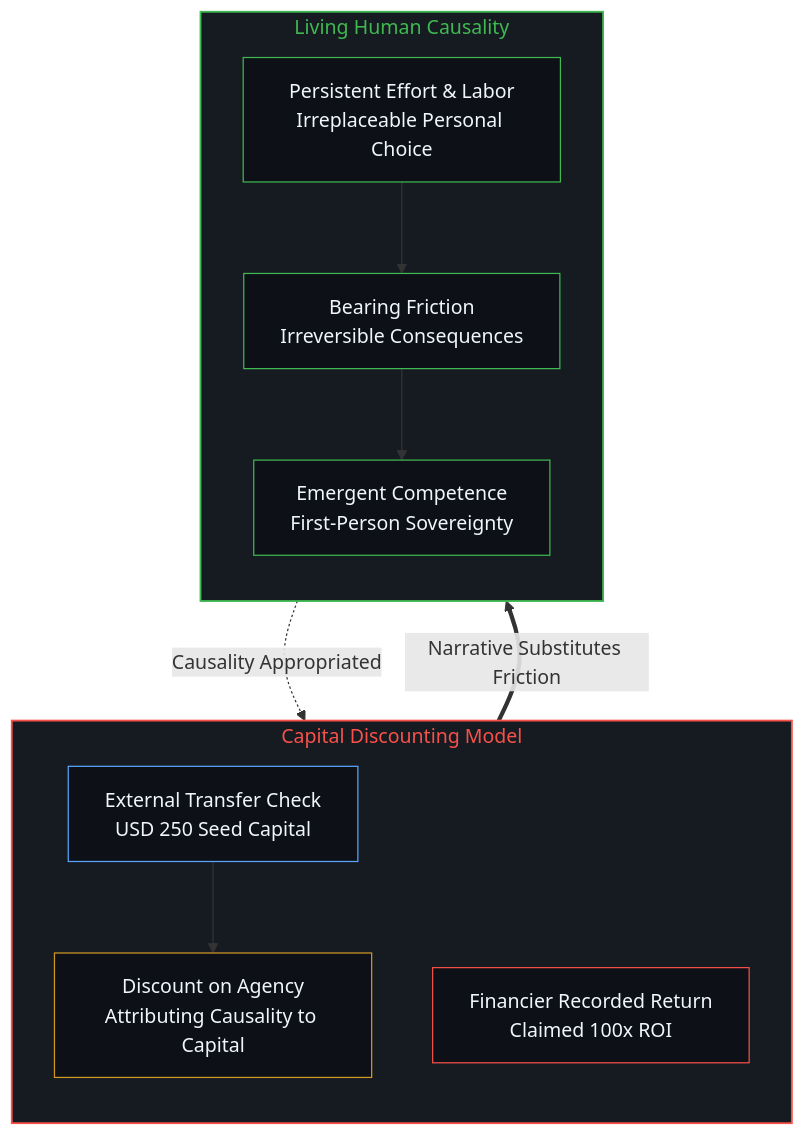
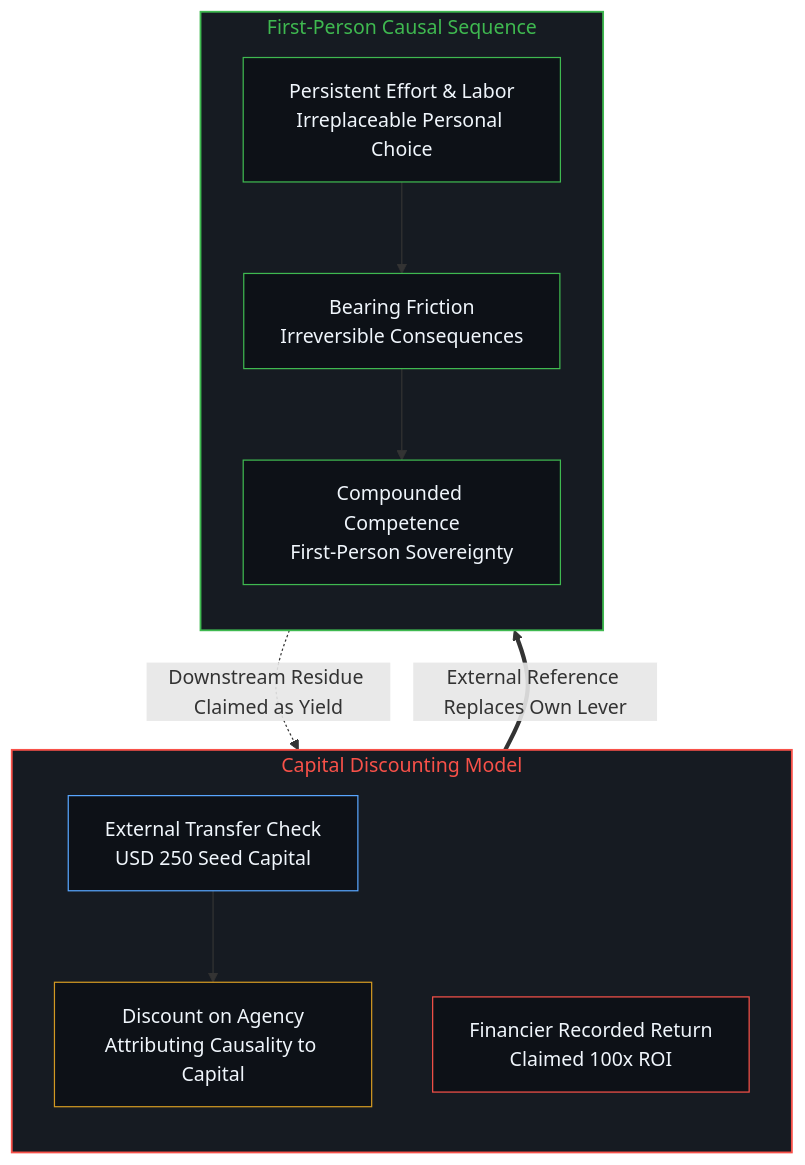
The second of 4 diagrams in content/posts/the-discount-on-agency.md (powerpig99/not-a-toe), drawn with Mermaid before and after one commit. The commit also changed other lines of this file, not shown here.

````diff
--- a/content/posts/the-discount-on-agency.md
+++ b/content/posts/the-discount-on-agency.md
@@ -47,27 +47,27 @@
 ```mermaid
 flowchart TD
   subgraph S_FIN["Capital Discounting Model"]
     direction TB
     C_IN["External Transfer Check<br/>USD 250 Seed Capital"]
     C_RET["Financier Recorded Return<br/>Claimed 100x ROI"]
     C_DISC["Discount on Agency<br/>Attributing Causality to Capital"]
   end
-  subgraph S_ACT["Living Human Causality"]
+  subgraph S_ACT["First-Person Causal Sequence"]
     direction TB
     A_ACT["Persistent Effort & Labor<br/>Irreplaceable Personal Choice"]
     A_FRIC["Bearing Friction<br/>Irreversible Consequences"]
-    A_GROW["Emergent Competence<br/>First-Person Sovereignty"]
+    A_GROW["Compounded Competence<br/>First-Person Sovereignty"]
   end
   C_IN --> C_DISC
   A_ACT --> A_FRIC --> A_GROW
-  A_GROW -.->|"Causality Appropriated"| C_RET
-  C_DISC ==>|"Narrative Substitutes Friction"| A_ACT
+  A_GROW -.->|"Downstream Residue Claimed as Yield"| C_RET
+  C_DISC ==>|"External Reference Replaces Own Lever"| A_ACT
   style S_FIN fill:#161b22,stroke:#f85149,stroke-width:1.5px,color:#f85149
   style S_ACT fill:#161b22,stroke:#3fb950,stroke-width:1.5px,color:#3fb950
   style C_IN fill:#0d1117,stroke:#58a6ff,stroke-width:1px,color:#f0f6fc
   style C_RET fill:#0d1117,stroke:#f85149,stroke-width:1px,color:#f0f6fc
   style C_DISC fill:#0d1117,stroke:#d29922,stroke-width:1px,color:#f0f6fc
   style A_ACT fill:#0d1117,stroke:#3fb950,stroke-width:1px,color:#f0f6fc
   style A_FRIC fill:#0d1117,stroke:#3fb950,stroke-width:1px,color:#f0f6fc
   style A_GROW fill:#0d1117,stroke:#3fb950,stroke-width:1px,color:#f0f6fc
 ```
````
